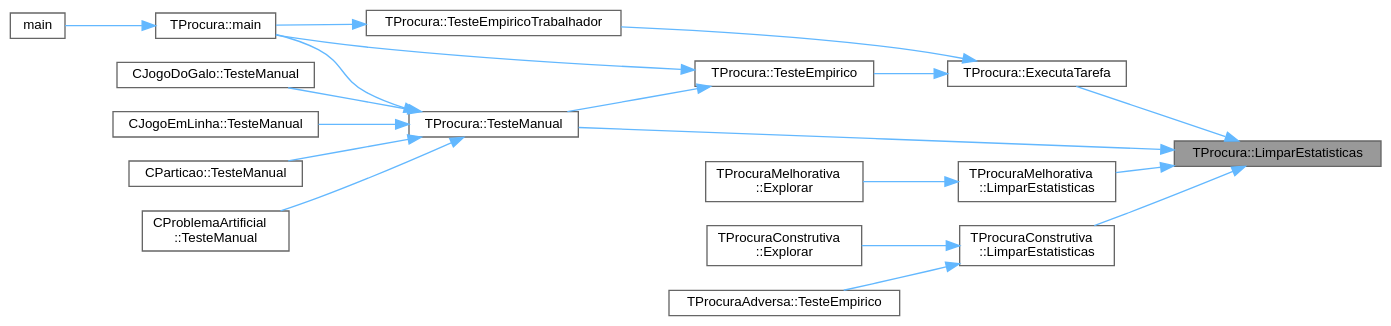
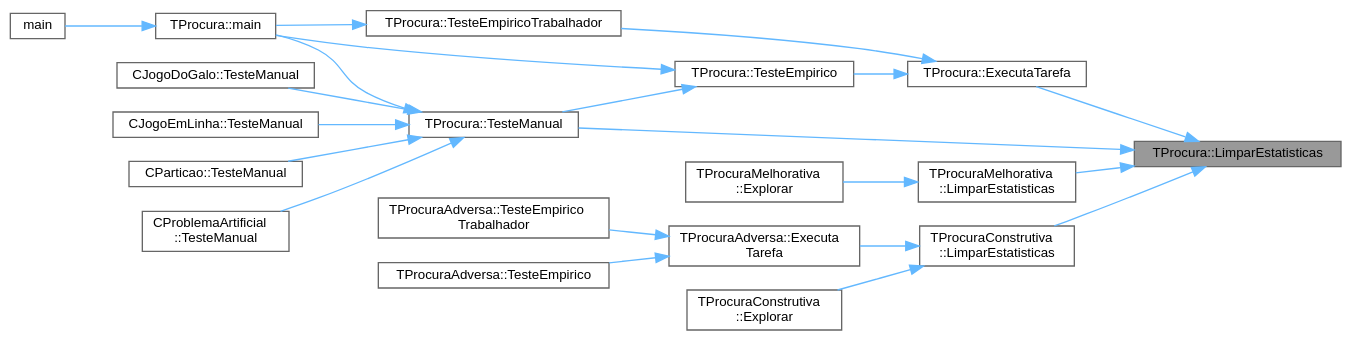
The diagram in classTProcura_ae82e7be02923531e7ead26b1b25cec0f_icgraph.dot (jcoelho72/TProcura), drawn with Graphviz before and after one commit. The commit also changed 165 other files, not shown here.

```diff
--- a/classTProcura_ae82e7be02923531e7ead26b1b25cec0f_icgraph.dot
+++ b/classTProcura_ae82e7be02923531e7ead26b1b25cec0f_icgraph.dot
@@ -1,42 +1,46 @@
 digraph "TProcura::LimparEstatisticas"
 {
  // LATEX_PDF_SIZE
   bgcolor="transparent";
   edge [fontname=Helvetica,fontsize=10,labelfontname=Helvetica,labelfontsize=10];
   node [fontname=Helvetica,fontsize=10,shape=box,height=0.2,width=0.4];
   rankdir="RL";
   Node1 [id="Node000001",label="TProcura::LimparEstatisticas",height=0.2,width=0.4,color="gray40", fillcolor="grey60", style="filled", fontcolor="black",tooltip="Chapar antes da execução do algoritmo. Limpa valores estatísticos, e fixa o instante limite de tempo ..."];
   Node1 -> Node2 [id="edge1_Node000001_Node000002",dir="back",color="steelblue1",style="solid",tooltip=" "];
   Node2 [id="Node000002",label="TProcura::ExecutaTarefa",height=0.2,width=0.4,color="grey40", fillcolor="white", style="filled",URL="$classTProcura.html#a2c3c5fdff8277b04a219156dec0f068b",tooltip="Executa uma tarefa num teste empírico."];
   Node2 -> Node3 [id="edge2_Node000002_Node000003",dir="back",color="steelblue1",style="solid",tooltip=" "];
   Node3 [id="Node000003",label="TProcura::TesteEmpirico",height=0.2,width=0.4,color="grey40", fillcolor="white", style="filled",URL="$classTProcura.html#ae98922e2f7f8bb6e487af0a1e4f84336",tooltip="Executa testes empíricos, em todas as configurações guardadas, nas instâncias selecionadas."];
   Node3 -> Node4 [id="edge3_Node000003_Node000004",dir="back",color="steelblue1",style="solid",tooltip=" "];
   Node4 [id="Node000004",label="TProcura::main",height=0.2,width=0.4,color="grey40", fillcolor="white", style="filled",URL="$classTProcura.html#aad1499e49cf6757569aeabd9c3fb2a8c",tooltip="Inicializa a interação com o utilizador."];
   Node4 -> Node5 [id="edge4_Node000004_Node000005",dir="back",color="steelblue1",style="solid",tooltip=" "];
   Node5 [id="Node000005",label="main",height=0.2,width=0.4,color="grey40", fillcolor="white", style="filled",URL="$Adversa_2Teste_2teste_8cpp.html#a0ddf1224851353fc92bfbff6f499fa97",tooltip=" "];
   Node3 -> Node6 [id="edge5_Node000003_Node000006",dir="back",color="steelblue1",style="solid",tooltip=" "];
   Node6 [id="Node000006",label="TProcura::TesteManual",height=0.2,width=0.4,color="grey40", fillcolor="white", style="filled",URL="$classTProcura.html#a5fdf4e8f76e59eb83fbc274fa61e34af",tooltip="Inicializa a interação com o utilizador."];
   Node6 -> Node4 [id="edge6_Node000006_Node000004",dir="back",color="steelblue1",style="solid",tooltip=" "];
   Node6 -> Node7 [id="edge7_Node000006_Node000007",dir="back",color="steelblue1",style="solid",tooltip=" "];
   Node7 [id="Node000007",label="CJogoDoGalo::TesteManual",height=0.2,width=0.4,color="grey40", fillcolor="white", style="filled",URL="$classCJogoDoGalo.html#a113984a3801a93ebce61e0a700a413ab",tooltip="Inicializa a interação com o utilizador."];
   Node6 -> Node8 [id="edge8_Node000006_Node000008",dir="back",color="steelblue1",style="solid",tooltip=" "];
   Node8 [id="Node000008",label="CJogoEmLinha::TesteManual",height=0.2,width=0.4,color="grey40", fillcolor="white", style="filled",URL="$classCJogoEmLinha.html#ad289e94136b44c9e3e942acf64ff0449",tooltip="Inicializa a interação com o utilizador."];
   Node6 -> Node9 [id="edge9_Node000006_Node000009",dir="back",color="steelblue1",style="solid",tooltip=" "];
   Node9 [id="Node000009",label="CParticao::TesteManual",height=0.2,width=0.4,color="grey40", fillcolor="white", style="filled",URL="$classCParticao.html#aa4d328b9944991f3fc52ce0726111865",tooltip="Inicializa a interação com o utilizador."];
   Node6 -> Node10 [id="edge10_Node000006_Node000010",dir="back",color="steelblue1",style="solid",tooltip=" "];
   Node10 [id="Node000010",label="CProblemaArtificial\l::TesteManual",height=0.2,width=0.4,color="grey40", fillcolor="white", style="filled",URL="$classCProblemaArtificial.html#abaad629eb538177261df40e1e27e92ed",tooltip="Inicializa a interação com o utilizador."];
   Node2 -> Node11 [id="edge11_Node000002_Node000011",dir="back",color="steelblue1",style="solid",tooltip=" "];
   Node11 [id="Node000011",label="TProcura::TesteEmpiricoTrabalhador",height=0.2,width=0.4,color="grey40", fillcolor="white", style="filled",URL="$classTProcura.html#a1b444fbb9aa1d6bf3df277df3f289587",tooltip="Teste empírico com modo mestre-escravo (este é o escravo)"];
   Node11 -> Node4 [id="edge12_Node000011_Node000004",dir="back",color="steelblue1",style="solid",tooltip=" "];
   Node1 -> Node12 [id="edge13_Node000001_Node000012",dir="back",color="steelblue1",style="solid",tooltip=" "];
   Node12 [id="Node000012",label="TProcuraMelhorativa\l::LimparEstatisticas",height=0.2,width=0.4,color="grey40", fillcolor="white", style="filled",URL="$classTProcuraMelhorativa.html#a6c7163b20ace9bebdf3c073cd475dec9",tooltip="Chapar antes da execução do algoritmo. Limpa valores estatísticos, e fixa o instante limite de tempo ..."];
   Node12 -> Node13 [id="edge14_Node000012_Node000013",dir="back",color="steelblue1",style="solid",tooltip=" "];
   Node13 [id="Node000013",label="TProcuraMelhorativa\l::Explorar",height=0.2,width=0.4,color="grey40", fillcolor="white", style="filled",URL="$classTProcuraMelhorativa.html#a76355a263331719abacf13d40a6613d0",tooltip="definir para explorar manualmente os dados (não definido em TProcura, apenas em TProcuraConstrutiva)"];
   Node1 -> Node14 [id="edge15_Node000001_Node000014",dir="back",color="steelblue1",style="solid",tooltip=" "];
   Node14 [id="Node000014",label="TProcuraConstrutiva\l::LimparEstatisticas",height=0.2,width=0.4,color="grey40", fillcolor="white", style="filled",URL="$classTProcuraConstrutiva.html#adaefadabea2eb225ed28c3927feb6828",tooltip="Chapar antes da execução do algoritmo. Limpa valores estatísticos, e fixa o instante limite de tempo ..."];
   Node14 -> Node15 [id="edge16_Node000014_Node000015",dir="back",color="steelblue1",style="solid",tooltip=" "];
-  Node15 [id="Node000015",label="TProcuraConstrutiva\l::Explorar",height=0.2,width=0.4,color="grey40", fillcolor="white", style="filled",URL="$classTProcuraConstrutiva.html#a9d8202d80510018d01a9807f3852b59f",tooltip="definir para explorar manualmente os dados (não definido em TProcura, apenas em TProcuraConstrutiva)"];
-  Node14 -> Node16 [id="edge17_Node000014_Node000016",dir="back",color="steelblue1",style="solid",tooltip=" "];
+  Node15 [id="Node000015",label="TProcuraAdversa::Executa\lTarefa",height=0.2,width=0.4,color="grey40", fillcolor="white", style="filled",URL="$classTProcuraAdversa.html#aad206751268402eef355dd89415d1865",tooltip="Executa uma tarefa num teste empírico."];
+  Node15 -> Node16 [id="edge17_Node000015_Node000016",dir="back",color="steelblue1",style="solid",tooltip=" "];
   Node16 [id="Node000016",label="TProcuraAdversa::TesteEmpirico",height=0.2,width=0.4,color="grey40", fillcolor="white", style="filled",URL="$classTProcuraAdversa.html#abe15e86c2a11e584764a2b80ddab10cb",tooltip="Executa testes empíricos, em todas as configurações guardadas, nas instâncias selecionadas."];
-  Node1 -> Node6 [id="edge18_Node000001_Node000006",dir="back",color="steelblue1",style="solid",tooltip=" "];
+  Node15 -> Node17 [id="edge18_Node000015_Node000017",dir="back",color="steelblue1",style="solid",tooltip=" "];
+  Node17 [id="Node000017",label="TProcuraAdversa::TesteEmpirico\lTrabalhador",height=0.2,width=0.4,color="grey40", fillcolor="white", style="filled",URL="$classTProcuraAdversa.html#adf8ec64db235b7d293fbf5a632a57966",tooltip="Teste empírico com modo mestre-escravo (este é o escravo)"];
+  Node14 -> Node18 [id="edge19_Node000014_Node000018",dir="back",color="steelblue1",style="solid",tooltip=" "];
+  Node18 [id="Node000018",label="TProcuraConstrutiva\l::Explorar",height=0.2,width=0.4,color="grey40", fillcolor="white", style="filled",URL="$classTProcuraConstrutiva.html#a9d8202d80510018d01a9807f3852b59f",tooltip="definir para explorar manualmente os dados (não definido em TProcura, apenas em TProcuraConstrutiva)"];
+  Node1 -> Node6 [id="edge20_Node000001_Node000006",dir="back",color="steelblue1",style="solid",tooltip=" "];
 }
```
